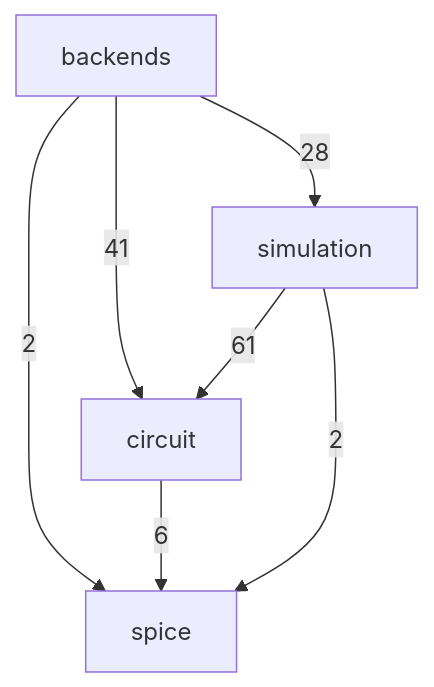
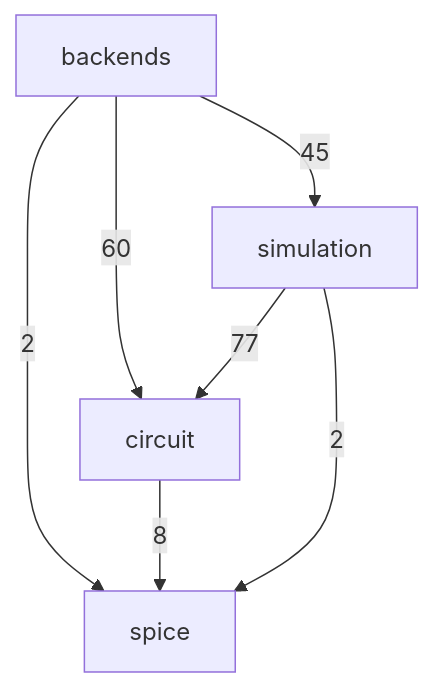
Before and after one commit to ronnymilleo/imcsim: the second of 3 diagrams in docs/architecture.md, drawn with Mermaid. The commit also changed other lines of this file and 99 other files, not shown here.

````diff
--- a/docs/architecture.md
+++ b/docs/architecture.md
@@ -33,13 +33,13 @@
 ```mermaid
 flowchart TD
     app_core_spice[spice]
     app_core_circuit[circuit]
     app_core_simulation[simulation]
     app_core_backends[backends]
-    app_core_backends -->|41| app_core_circuit
-    app_core_backends -->|28| app_core_simulation
+    app_core_backends -->|60| app_core_circuit
+    app_core_backends -->|45| app_core_simulation
     app_core_backends -->|2| app_core_spice
-    app_core_circuit -->|6| app_core_spice
-    app_core_simulation -->|61| app_core_circuit
+    app_core_circuit -->|8| app_core_spice
+    app_core_simulation -->|77| app_core_circuit
     app_core_simulation -->|2| app_core_spice
 ```
````
